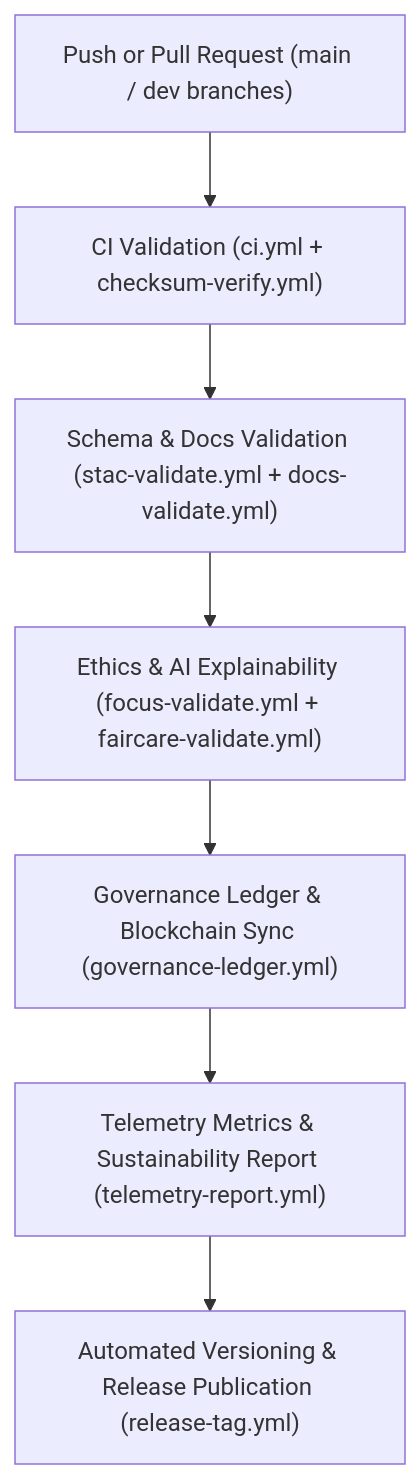
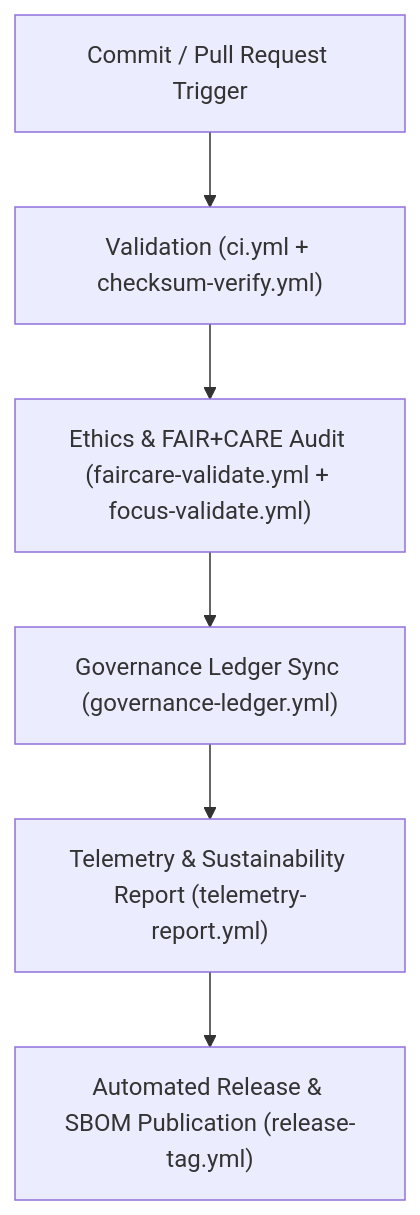
One commit to bartytime4life/Kansas-Frontier-Matrix changed the diagram in .github/workflows/README.md. Above: the diagram before and after it, drawn with Mermaid. The commit also changed other lines of this file, not shown here.

````diff
--- a/.github/workflows/README.md
+++ b/.github/workflows/README.md
@@ -69,9 +69,8 @@
 ```mermaid
 flowchart TD
-    A["Push or Pull Request (main / dev branches)"] --> B["CI Validation (ci.yml + checksum-verify.yml)"]
-    B --> C["Schema & Docs Validation (stac-validate.yml + docs-validate.yml)"]
-    C --> D["Ethics & AI Explainability (focus-validate.yml + faircare-validate.yml)"]
-    D --> E["Governance Ledger & Blockchain Sync (governance-ledger.yml)"]
-    E --> F["Telemetry Metrics & Sustainability Report (telemetry-report.yml)"]
-    F --> G["Automated Versioning & Release Publication (release-tag.yml)"]
+    A["Commit / Pull Request Trigger"] --> B["Validation (ci.yml + checksum-verify.yml)"]
+    B --> C["Ethics & FAIR+CARE Audit (faircare-validate.yml + focus-validate.yml)"]
+    C --> D["Governance Ledger Sync (governance-ledger.yml)"]
+    D --> E["Telemetry & Sustainability Report (telemetry-report.yml)"]
+    E --> F["Automated Release & SBOM Publication (release-tag.yml)"]
 ```
````
